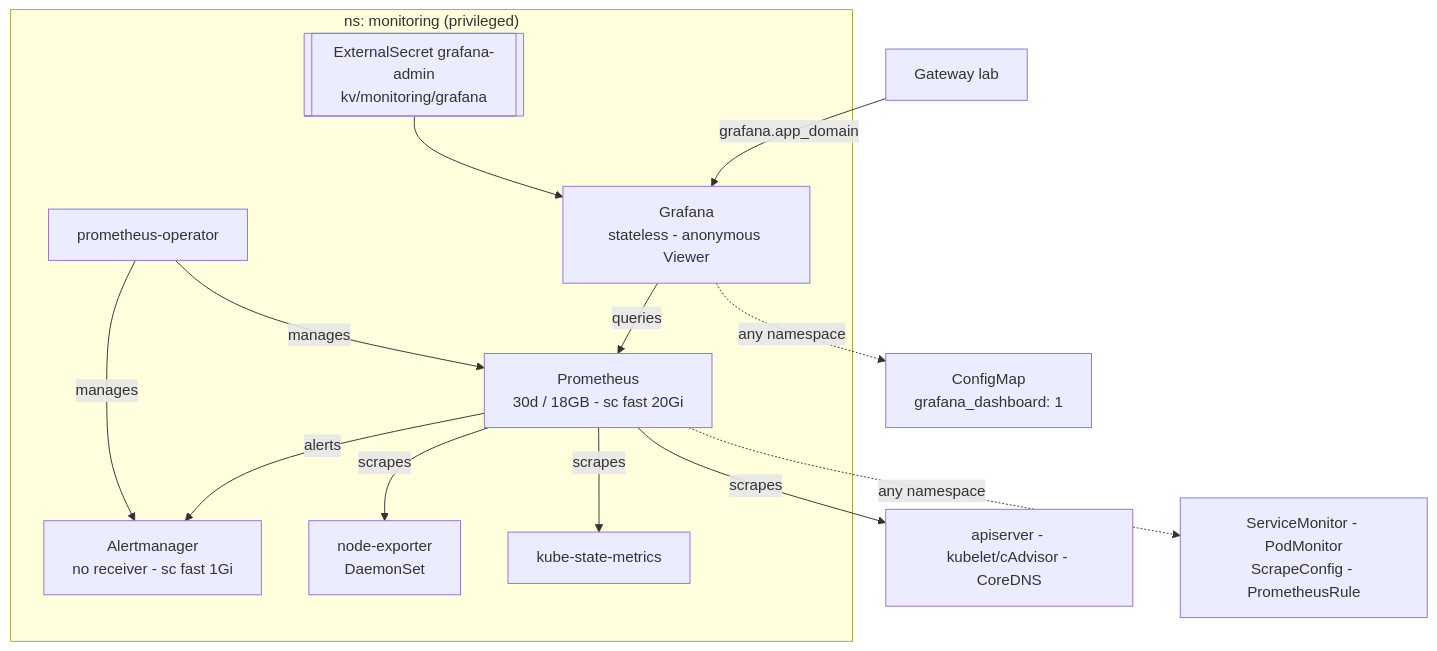
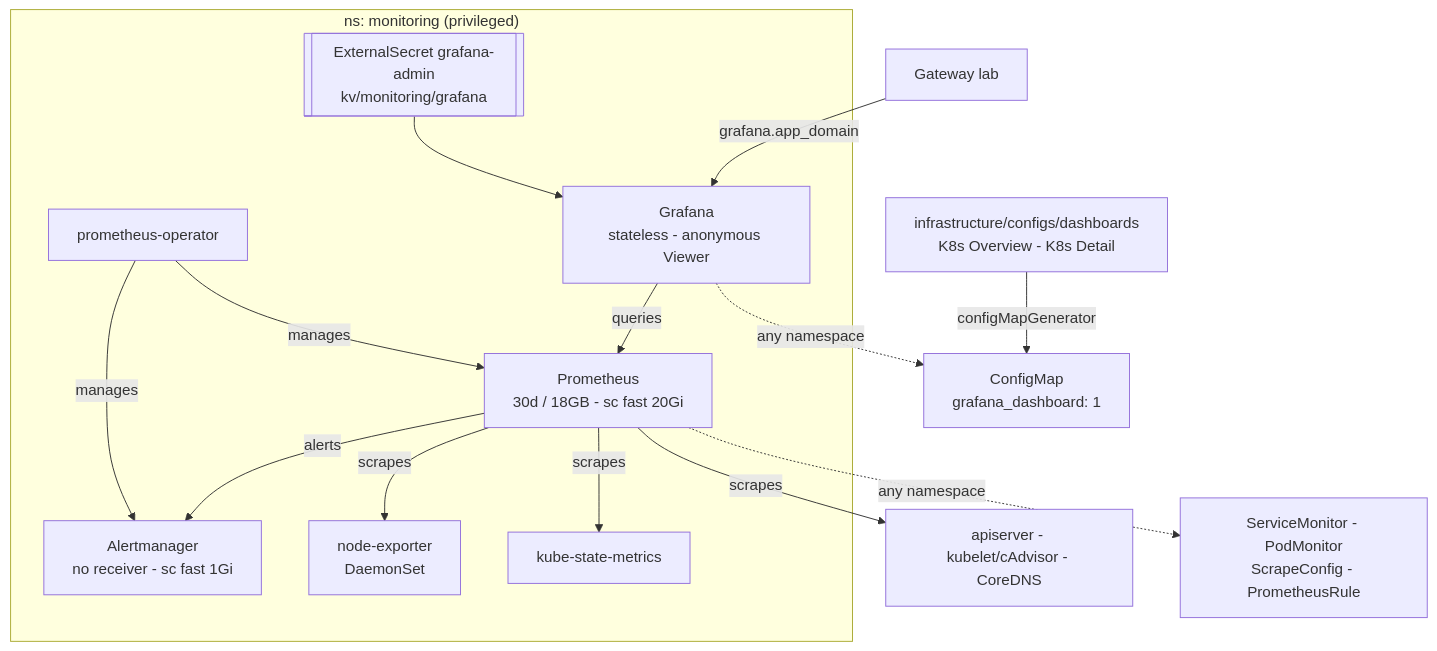
The diagram in docs/monitoring.md (Sojamann/homelab-apps), drawn with Mermaid before and after one commit. The commit also changed other lines of this file and 5 other files, not shown here.

First line of the commit message:
flux: own k8s dashboards, chart defaults off

````diff
--- a/docs/monitoring.md
+++ b/docs/monitoring.md
@@ -10,23 +10,24 @@
 ```mermaid
 graph TD
   subgraph mon["ns: monitoring (privileged)"]
     OP["prometheus-operator"]
     PROM["Prometheus<br/>30d / 18GB - sc fast 20Gi"]
     AM["Alertmanager<br/>no receiver - sc fast 1Gi"]
     GR["Grafana<br/>stateless - anonymous Viewer"]
     NE["node-exporter<br/>DaemonSet"]
     KSM["kube-state-metrics"]
     SEC[["ExternalSecret grafana-admin<br/>kv/monitoring/grafana"]]
     OP -->|manages| PROM & AM
     SEC --> GR
     GR -->|queries| PROM
     PROM -->|alerts| AM
   end
 
   PROM -->|scrapes| NE & KSM
   PROM -->|scrapes| K["apiserver - kubelet/cAdvisor - CoreDNS"]
   PROM -.->|any namespace| MON["ServiceMonitor - PodMonitor<br/>ScrapeConfig - PrometheusRule"]
   GR -.->|any namespace| DASH["ConfigMap<br/>grafana_dashboard: 1"]
+  CFG["infrastructure/configs/dashboards<br/>K8s Overview - K8s Detail"] -->|configMapGenerator| DASH
 
   GW["Gateway lab"] -->|grafana.app_domain| GR
 ```
````
